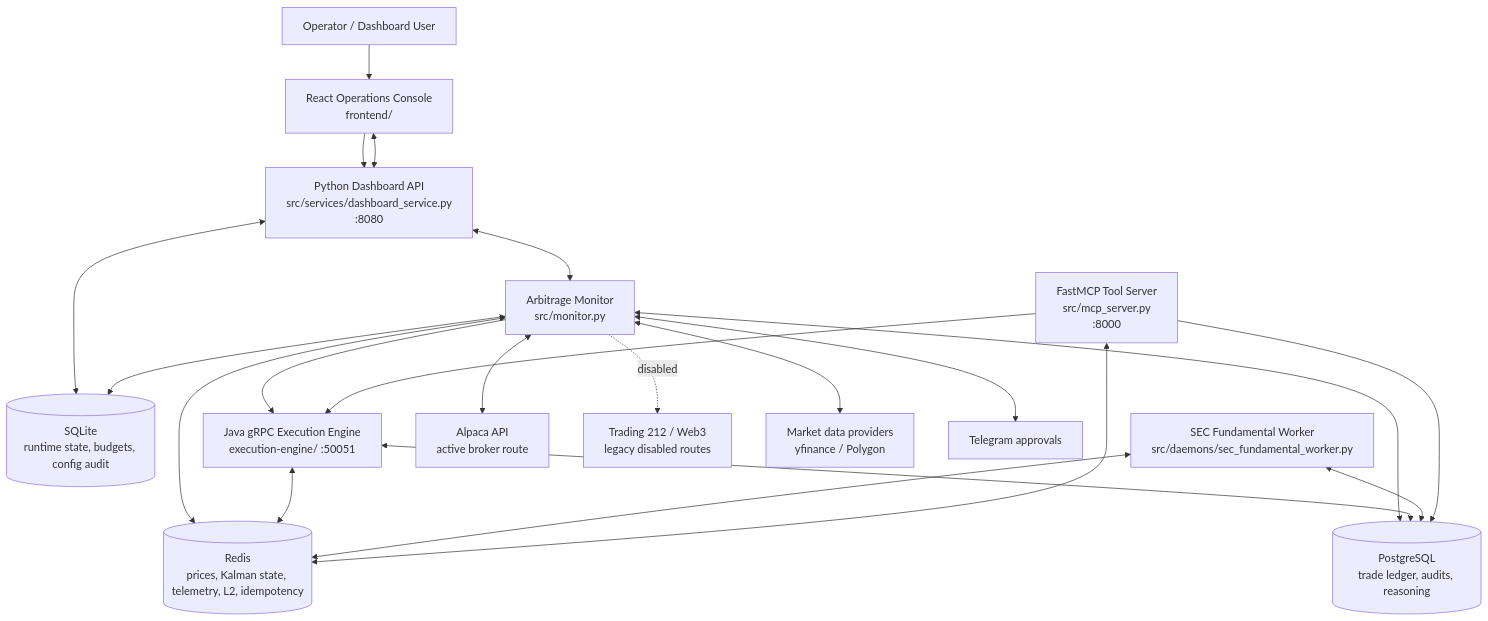
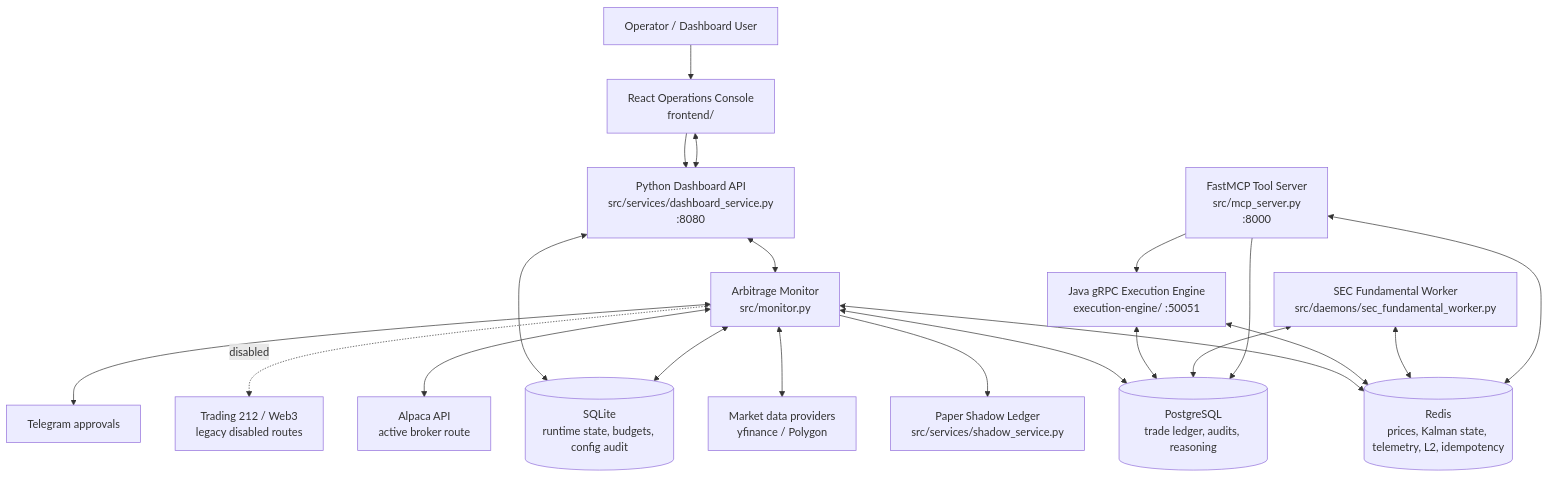
One commit to Daniel730/bot-trading changed the diagram in docs/ARCHITECTURE.md. Above: the diagram before and after it, drawn with Mermaid. The commit also changed other lines of this file and 4 other files, not shown here.

````diff
--- a/docs/ARCHITECTURE.md
+++ b/docs/ARCHITECTURE.md
@@ -7,38 +7,39 @@
 ```mermaid
 flowchart TD
     Operator["Operator / Dashboard User"]
     Frontend["React Operations Console\nfrontend/"]
     Dashboard["Python Dashboard API\nsrc/services/dashboard_service.py\n:8080"]
     Monitor["Arbitrage Monitor\nsrc/monitor.py"]
     MCP["FastMCP Tool Server\nsrc/mcp_server.py\n:8000"]
     Redis[("Redis\nprices, Kalman state, telemetry, L2, idempotency")]
     Postgres[("PostgreSQL\ntrade ledger, audits, reasoning")]
     SQLite[("SQLite\nruntime state, budgets, config audit")]
     Java["Java gRPC Execution Engine\nexecution-engine/ :50051"]
+    Shadow["Paper Shadow Ledger\nsrc/services/shadow_service.py"]
     SEC["SEC Fundamental Worker\nsrc/daemons/sec_fundamental_worker.py"]
     Alpaca["Alpaca API\nactive broker route"]
     LegacyRoutes["Trading 212 / Web3\nlegacy disabled routes"]
     Data["Market data providers\nyfinance / Polygon"]
     Telegram["Telegram approvals"]
 
     Operator --> Frontend
     Frontend --> Dashboard
     Frontend <--> Dashboard
     Dashboard <--> Monitor
     Dashboard <--> SQLite
     Monitor <--> Redis
     Monitor <--> Postgres
     Monitor <--> SQLite
-    Monitor --> Java
+    Monitor --> Shadow
     Java <--> Redis
     Java <--> Postgres
     SEC <--> Redis
     SEC <--> Postgres
     Monitor <--> Data
     Monitor <--> Alpaca
     Monitor -. disabled .-> LegacyRoutes
     Monitor <--> Telegram
     MCP <--> Redis
     MCP --> Java
     MCP --> Postgres
 ```
````
